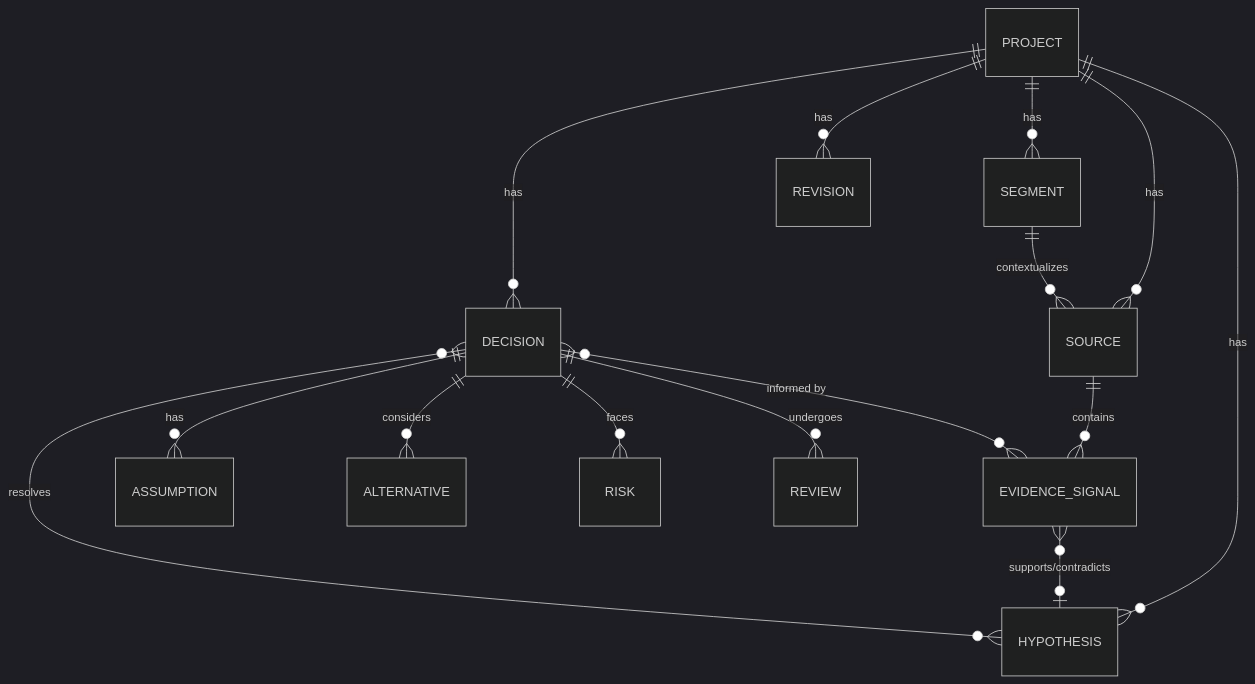
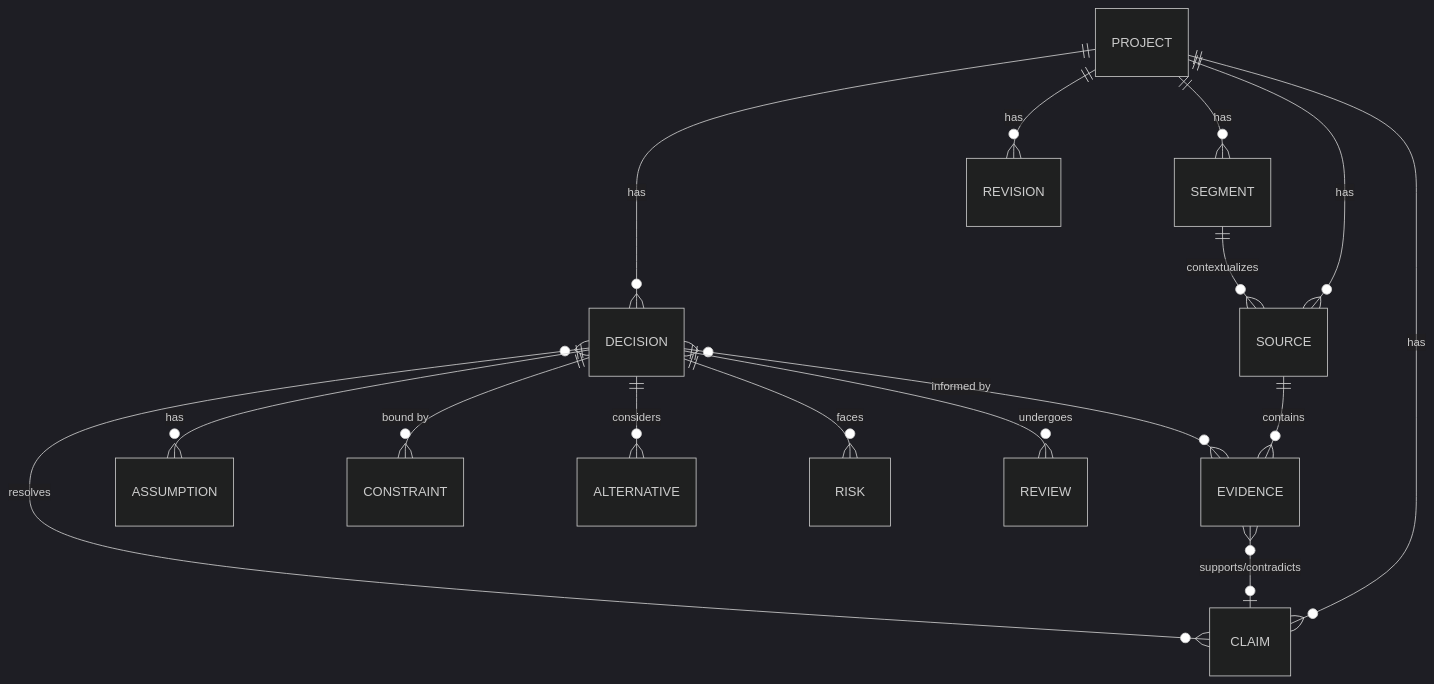
The diagram in docs/ARCHITECTURE.md (atomicdjt/validation-ledger), drawn with Mermaid (dark theme) before and after one commit. The commit also changed other lines of this file and 2 other files, not shown here.

Commit message:
docs: rename hypothesis to claim, update diagrams

````diff
--- a/docs/ARCHITECTURE.md
+++ b/docs/ARCHITECTURE.md
@@ -38,20 +38,21 @@
 ```mermaid
 erDiagram
     PROJECT ||--o{ SEGMENT : "has"
     PROJECT ||--o{ SOURCE : "has"
-    PROJECT ||--o{ HYPOTHESIS : "has"
+    PROJECT ||--o{ CLAIM : "has"
     PROJECT ||--o{ DECISION : "has"
     PROJECT ||--o{ REVISION : "has"
 
     SEGMENT ||--o{ SOURCE : "contextualizes"
-    SOURCE ||--o{ EVIDENCE_SIGNAL : "contains"
-    EVIDENCE_SIGNAL }o--o| HYPOTHESIS : "supports/contradicts"
+    SOURCE ||--o{ EVIDENCE : "contains"
+    EVIDENCE }o--o| CLAIM : "supports/contradicts"
 
-    DECISION }o--o{ EVIDENCE_SIGNAL : "informed by"
-    DECISION }o--o{ HYPOTHESIS : "resolves"
+    DECISION }o--o{ EVIDENCE : "informed by"
+    DECISION }o--o{ CLAIM : "resolves"
     
     DECISION ||--o{ ASSUMPTION : "has"
+    DECISION ||--o{ CONSTRAINT : "bound by"
     DECISION ||--o{ ALTERNATIVE : "considers"
     DECISION ||--o{ RISK : "faces"
     DECISION ||--o{ REVIEW : "undergoes"
 ```
````
